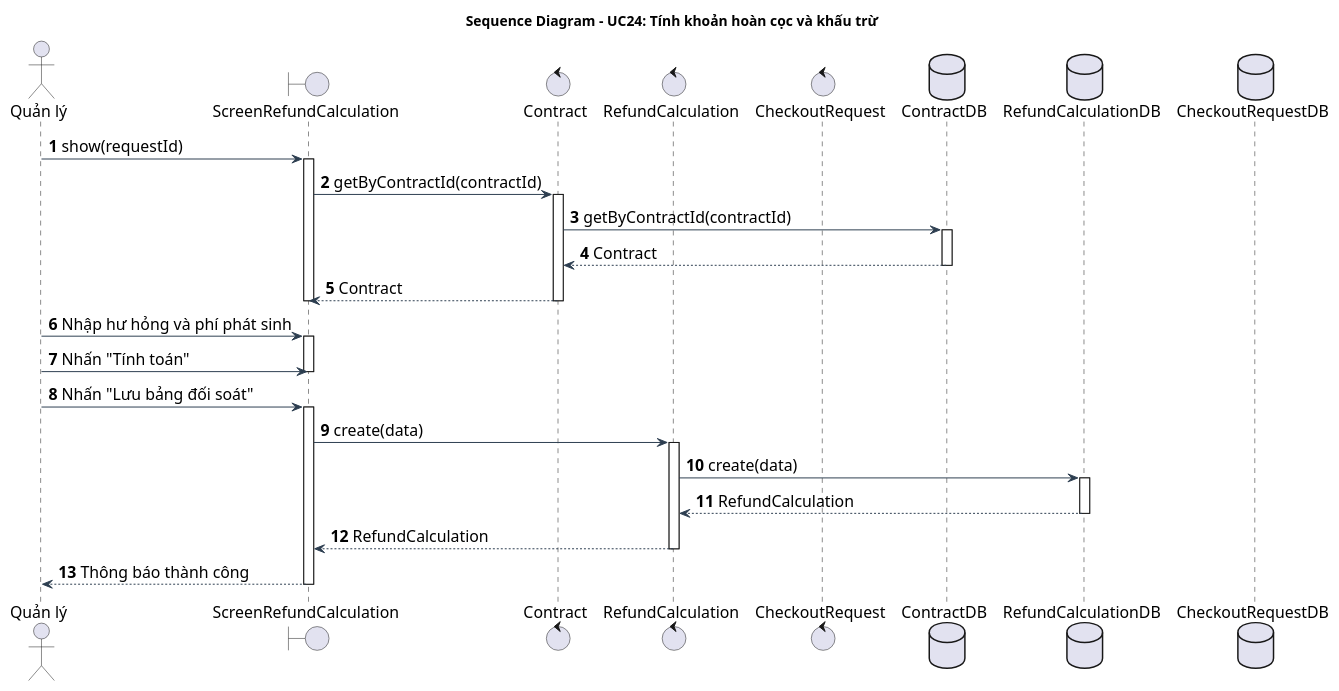
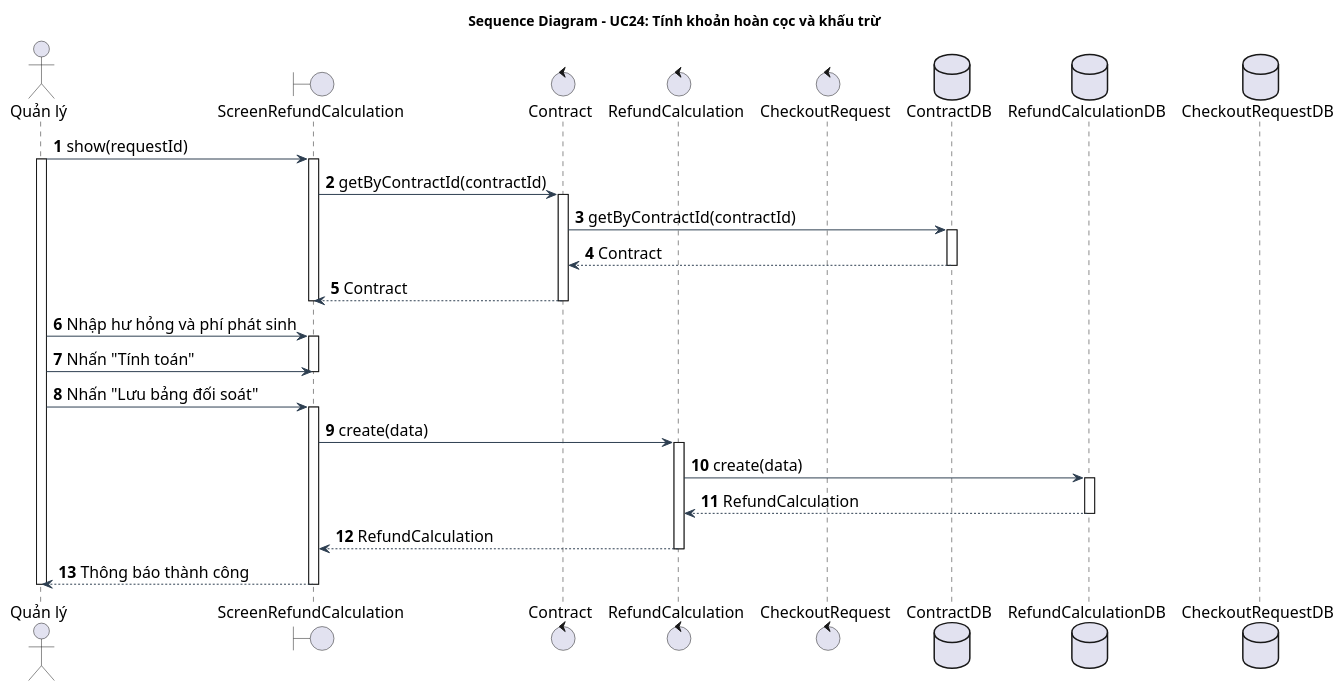
Before and after one commit to Gnourt812005/HCMUS-Analyze-and-desgin-IS: the diagram in doc/system/tinh_hoan_coc_khau_tru/TinhHoanCocKhauTru_SequenceDiagram.wsd, drawn with PlantUML. The commit also changed 1 other file, not shown here.

Commit message:
quangdo/diagram: updated some diagrams

```diff
--- a/doc/system/tinh_hoan_coc_khau_tru/TinhHoanCocKhauTru_SequenceDiagram.wsd
+++ b/doc/system/tinh_hoan_coc_khau_tru/TinhHoanCocKhauTru_SequenceDiagram.wsd
@@ -1,54 +1,56 @@
 @startuml TinhHoanCocKhauTru_SequenceDiagram
 title Sequence Diagram - UC24: Tính khoản hoàn cọc và khấu trừ
 
 skinparam {
     BackgroundColor White
     ArrowColor #2D3E50
     DefaultFontName "Arial"
     DefaultFontSize 16
     ParticipantPadding 15
 }
 
 autonumber
 
 actor "Quản lý" as manager
 boundary "ScreenRefundCalculation" as screen
 control "Contract" as contract
 control "RefundCalculation" as refund
 control "CheckoutRequest" as request
 database "ContractDB" as contractDb
 database "RefundCalculationDB" as refundDb
 database "CheckoutRequestDB" as requestDb
 
 manager -> screen: show(requestId)
 activate screen
+activate manager
 screen -> contract: getByContractId(contractId)
 activate contract
 contract -> contractDb: getByContractId(contractId)
 activate contractDb
 contractDb --> contract: Contract
 deactivate contractDb
 contract --> screen: Contract
 deactivate contract
 deactivate screen
 
 manager -> screen: Nhập hư hỏng và phí phát sinh
 activate screen
 manager -> screen: Nhấn "Tính toán"
 deactivate screen
 
 manager -> screen: Nhấn "Lưu bảng đối soát"
 activate screen
 screen -> refund: create(data)
 activate refund
 refund -> refundDb: create(data)
 activate refundDb
 refundDb --> refund: RefundCalculation
 deactivate refundDb
 refund --> screen: RefundCalculation
 deactivate refund
 
 screen --> manager: Thông báo thành công
 deactivate screen
+deactivate manager
 
 @enduml
```
